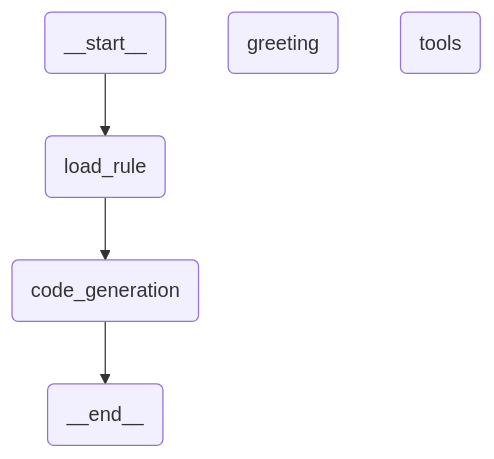
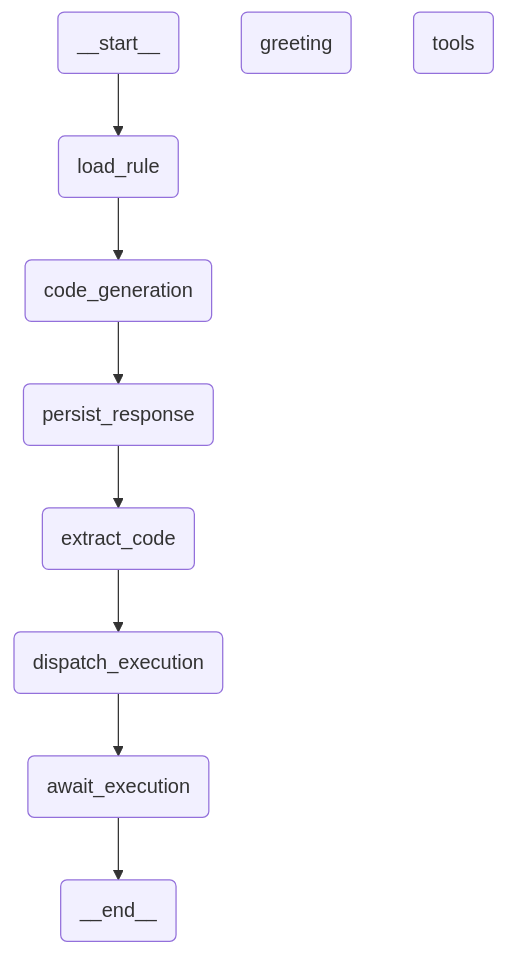
The diagram in codegen/docs/graph.md (Titus-System/synapse), drawn with Mermaid before and after one commit. The commit also changed 2 other files, not shown here.

Commit message:
feat(codegen): liga a cadeia de persist_response a await_execution no grafo

````diff
--- a/codegen/docs/graph.md
+++ b/codegen/docs/graph.md
@@ -5,20 +5,28 @@
 ```mermaid
 ---
 config:
   flowchart:
     curve: linear
 ---
 graph TD;
 	__start__(<p>__start__</p>)
 	greeting(greeting)
 	load_rule(load_rule)
 	code_generation(code_generation)
+	persist_response(persist_response)
+	extract_code(extract_code)
+	dispatch_execution(dispatch_execution)
+	await_execution(await_execution)
 	tools(tools)
 	__end__(<p>__end__</p>)
 	__start__ --> load_rule;
+	code_generation --> persist_response;
+	dispatch_execution --> await_execution;
+	extract_code --> dispatch_execution;
 	load_rule --> code_generation;
-	code_generation --> __end__;
+	persist_response --> extract_code;
+	await_execution --> __end__;
 	classDef default fill:#f2f0ff,line-height:1.2
 	classDef first fill-opacity:0
 	classDef last fill:#bfb6fc
 ```
````
